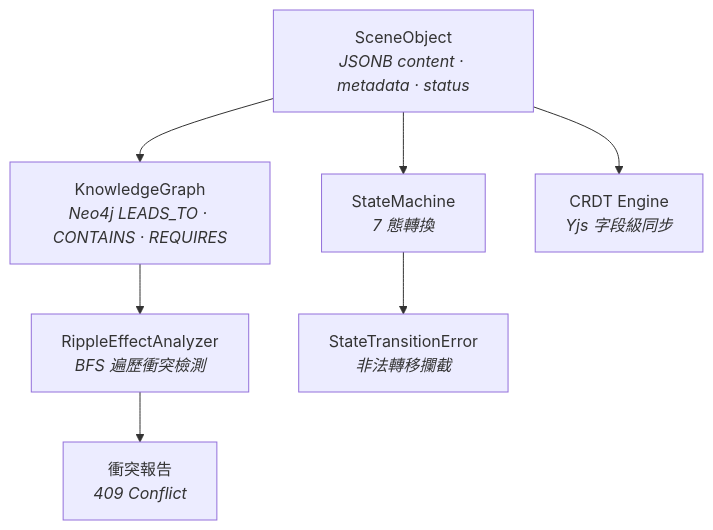
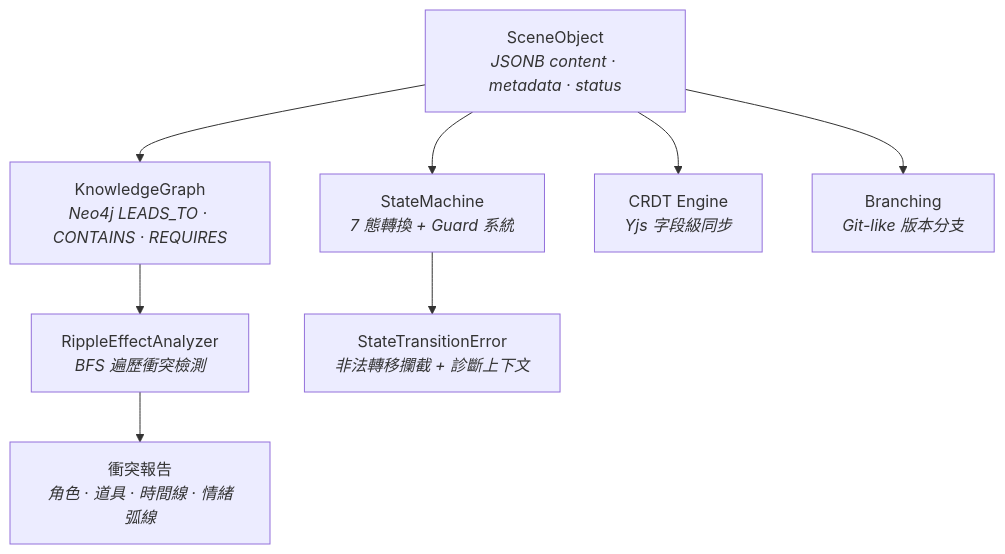
The second of 3 diagrams in README.md (iiooiioo888/AI_test), drawn with Mermaid before and after one commit. The commit also changed other lines of this file, not shown here.

````diff
--- a/README.md
+++ b/README.md
@@ -139,9 +139,10 @@
 ```mermaid
 graph TD
-    A["SceneObject<br/><i>JSONB content · metadata · status</i>"] --> B["StateMachine<br/><i>7 態轉換</i>"]
+    A["SceneObject<br/><i>JSONB content · metadata · status</i>"] --> B["StateMachine<br/><i>7 態轉換 + Guard 系統</i>"]
     A --> C["KnowledgeGraph<br/><i>Neo4j LEADS_TO · CONTAINS · REQUIRES</i>"]
     A --> D["CRDT Engine<br/><i>Yjs 字段級同步</i>"]
     C --> E["RippleEffectAnalyzer<br/><i>BFS 遍歷衝突檢測</i>"]
-    B --> F["StateTransitionError<br/><i>非法轉移攔截</i>"]
-    E --> G["衝突報告<br/><i>409 Conflict</i>"]
+    B --> F["StateTransitionError<br/><i>非法轉移攔截 + 診斷上下文</i>"]
+    E --> G["衝突報告<br/><i>角色 · 道具 · 時間線 · 情緒弧線</i>"]
+    A --> H["Branching<br/><i>Git-like 版本分支</i>"]
 ```
````
